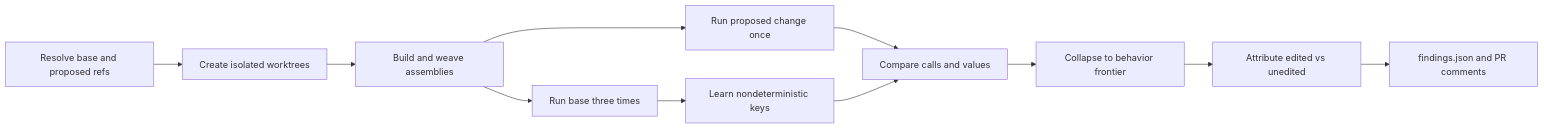
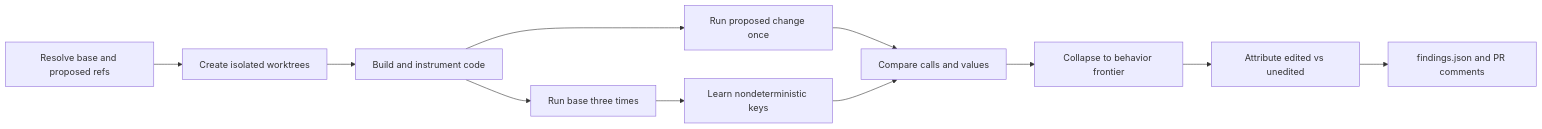
The diagram in README.md (issacnitin/BehaviorDiff), drawn with Mermaid before and after one commit. The commit also changed other lines of this file, not shown here.

````diff
--- a/README.md
+++ b/README.md
@@ -215,13 +215,13 @@
 ```mermaid
 flowchart LR
     A[Resolve base and proposed refs] --> B[Create isolated worktrees]
-    B --> C[Build and weave assemblies]
+  B --> C[Build and instrument code]
     C --> D[Run base three times]
     C --> E[Run proposed change once]
     D --> F[Learn nondeterministic keys]
     E --> G[Compare calls and values]
     F --> G
     G --> H[Collapse to behavior frontier]
     H --> I[Attribute edited vs unedited]
     I --> J[findings.json and PR comments]
 ```
````
